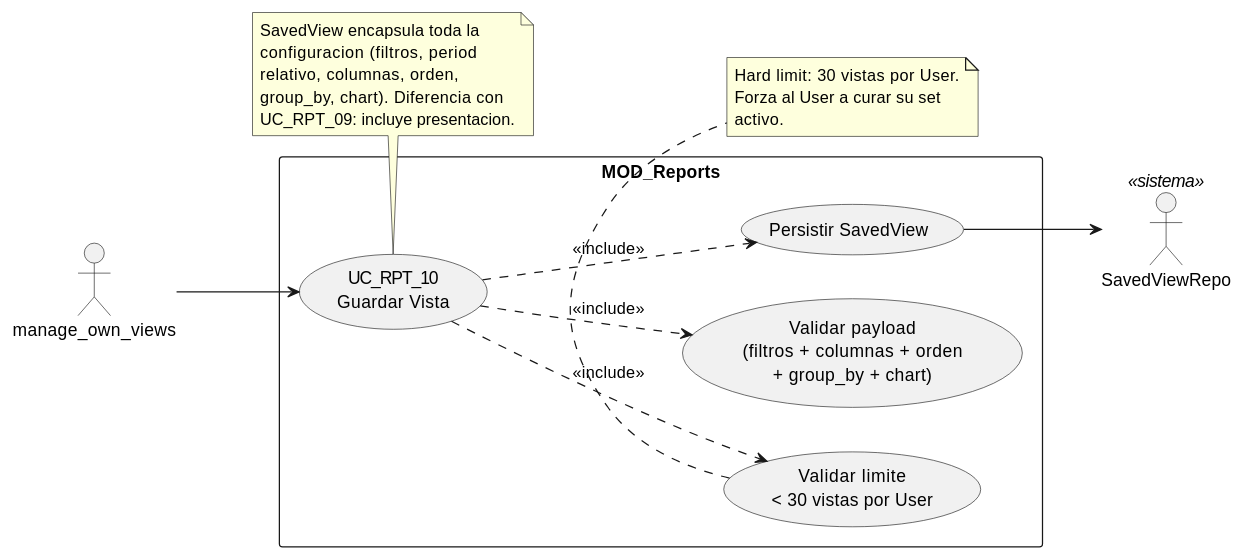
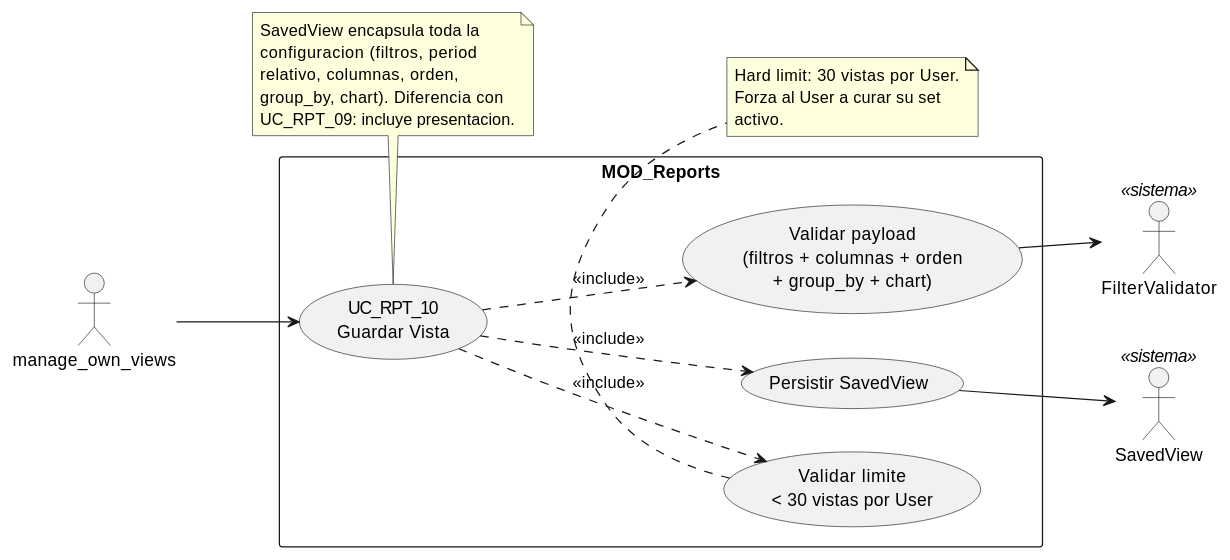
The diagram in source/requisitos/casos-uso/reports/uc-rpt-10/diagramas-uml/diagrama-de-caso-de-uso.rst (jcg-admin/IACT-docs), drawn with PlantUML before and after one commit. The commit also changed other lines of this file and 52 other files, not shown here.

```diff
--- a/source/requisitos/casos-uso/reports/uc-rpt-10/diagramas-uml/diagrama-de-caso-de-uso.rst
+++ b/source/requisitos/casos-uso/reports/uc-rpt-10/diagramas-uml/diagrama-de-caso-de-uso.rst
@@ -4,39 +4,41 @@
 .. uml::
  :caption: UC_RPT_10 — actores y casos asociados
 
  @startuml
 
  left to right direction
 
  actor "manage_own_views" as INVOKER
- actor "SavedViewRepo" as REPO <<sistema>>
+ actor "SavedView" as SV <<sistema>>
+ actor "FilterValidator" as FV <<sistema>>
 
  rectangle "MOD_Reports" {
    usecase "UC_RPT_10\nGuardar Vista" as UC_RPT_10
    usecase "Validar limite\n< 30 vistas por User" as LIMIT
    usecase "Validar payload\n(filtros + columnas + orden\n+ group_by + chart)" as VALIDAR
    usecase "Persistir SavedView" as PERSIST
  }
 
  INVOKER --> UC_RPT_10
  UC_RPT_10 ..> LIMIT : <<include>>
  UC_RPT_10 ..> VALIDAR : <<include>>
  UC_RPT_10 ..> PERSIST : <<include>>
 
- PERSIST --> REPO
+ VALIDAR --> FV
+ PERSIST --> SV
 
  note bottom of UC_RPT_10
    SavedView encapsula toda la
    configuracion (filtros, period
    relativo, columnas, orden,
    group_by, chart). Diferencia con
    UC_RPT_09: incluye presentacion.
  end note
 
  note bottom of LIMIT
    Hard limit: 30 vistas por User.
    Forza al User a curar su set
    activo.
  end note
 
  @enduml
```
